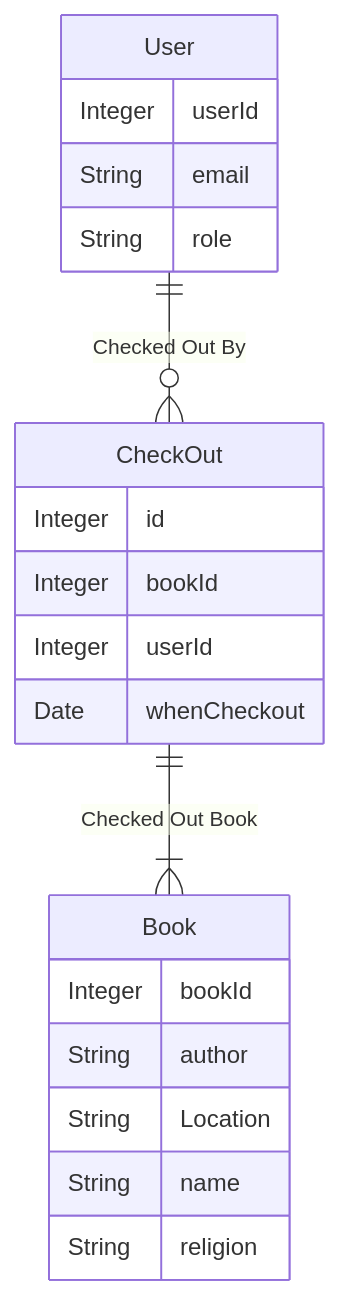
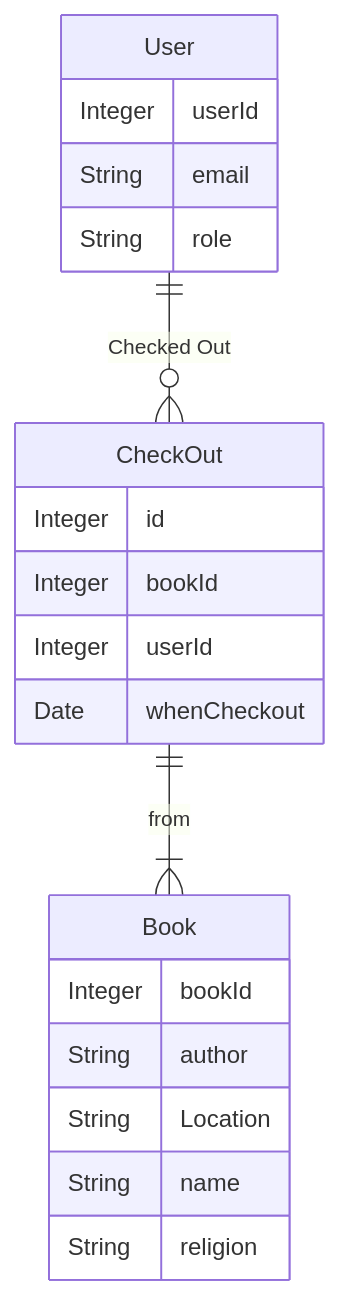
Before and after one commit to dmavani25/DivineManuscriptsDB: the second of 2 diagrams in docs/phase1.md, drawn with Mermaid.

Commit message:
change relationship

````diff
--- a/docs/phase1.md
+++ b/docs/phase1.md
@@ -35,23 +35,23 @@
 ```mermaid
 erDiagram
-    User ||--o{ CheckOut : "Checked Out By"
+    User ||--o{ CheckOut : "Checked Out"
     User {
         Integer userId
         String email
         String role
     }
-    CheckOut ||--|{ Book : "Checked Out Book"
+    CheckOut ||--|{ Book : "from"
     CheckOut {
         Integer id
         Integer bookId
         Integer userId
         Date whenCheckout
     }
     Book {
         Integer bookId
         String author
         String Location
         String name
         String religion
     }
 ```
````
